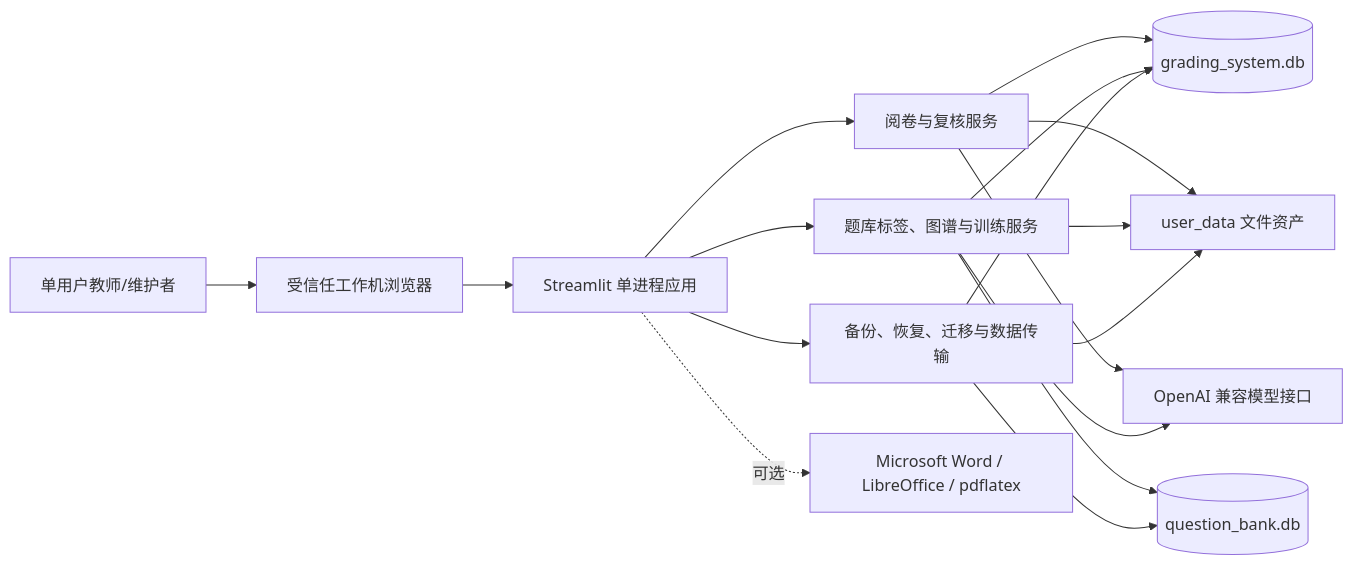
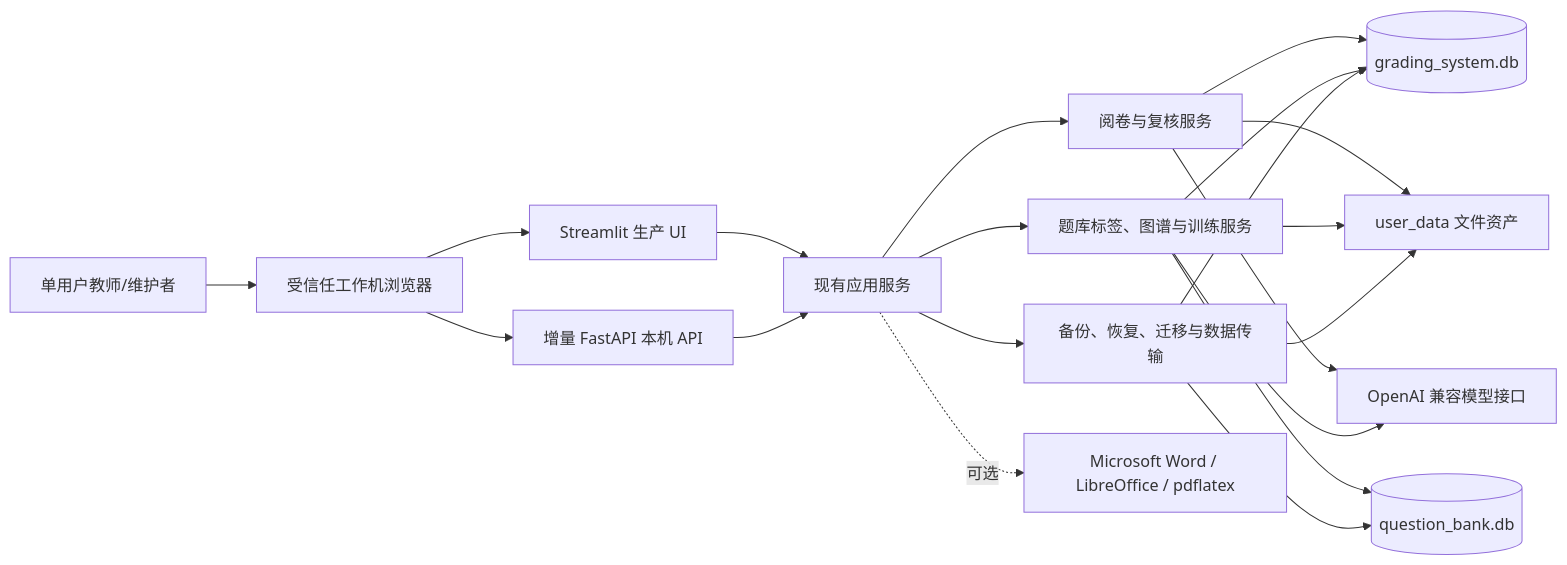
Before and after one commit to Hineni412/ai-grading-system-workstation: the first of 5 diagrams in ARCHITECTURE.md, drawn with Mermaid. The commit also changed other lines of this file and 2 other files, not shown here.

Commit message:
docs: separate current facts from roadmap history

````diff
--- a/ARCHITECTURE.md
+++ b/ARCHITECTURE.md
@@ -84,23 +84,27 @@
 ```mermaid
 flowchart LR
     User["单用户教师/维护者"] --> Browser["受信任工作机浏览器"]
-    Browser --> App["Streamlit 单进程应用"]
+    Browser --> Streamlit["Streamlit 生产 UI"]
+    Browser --> API["增量 FastAPI 本机 API"]
+
+    Streamlit --> App["现有应用服务"]
+    API --> App
 
     App --> Grading["阅卷与复核服务"]
     App --> Bank["题库标签、图谱与训练服务"]
     App --> Ops["备份、恢复、迁移与数据传输"]
 
     Grading --> GradingDB[("grading_system.db")]
     Bank --> GradingDB
     Bank --> BankDB[("question_bank.db")]
     Ops --> GradingDB
     Ops --> BankDB
 
     Grading --> Files["user_data 文件资产"]
     Bank --> Files
     Ops --> Files
 
     Grading --> ModelAPI["OpenAI 兼容模型接口"]
     Bank --> ModelAPI
     App -. "可选" .-> LocalTools["Microsoft Word / LibreOffice / pdflatex"]
 ```
````
